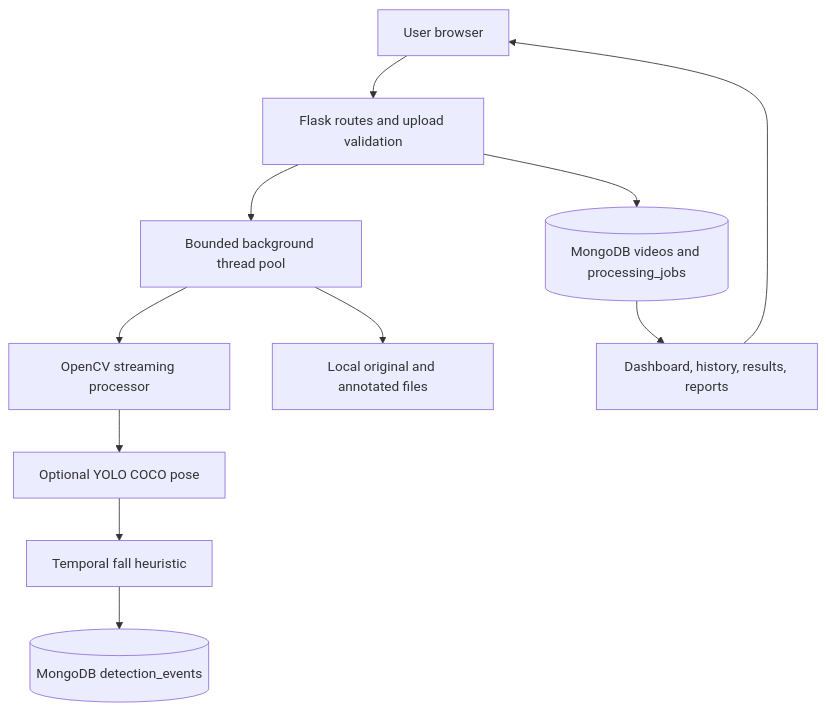
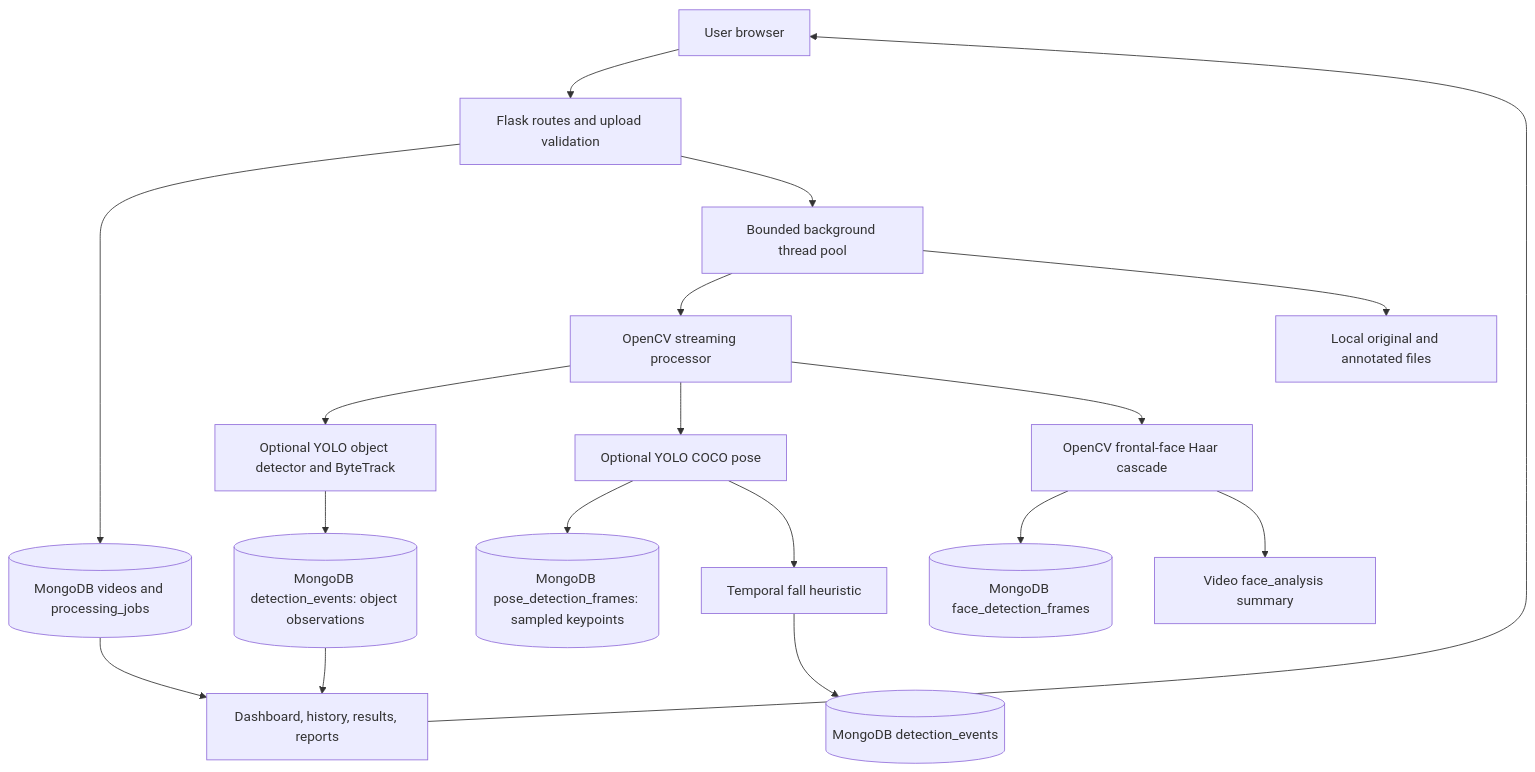
One commit to Naina090/Human-Anomaly changed the first of 2 diagrams in docs/PROJECT_REPORT.md. Above: the diagram before and after it, drawn with Mermaid. The commit also changed other lines of this file and 29 other files, not shown here.

````diff
--- a/docs/PROJECT_REPORT.md
+++ b/docs/PROJECT_REPORT.md
@@ -47,13 +50,20 @@
 ```mermaid
 flowchart TD
  U[User browser] --> R[Flask routes and upload validation]
  R --> J[(MongoDB videos and processing_jobs)]
  R --> W[Bounded background thread pool]
  W --> S[OpenCV streaming processor]
+ S --> OD[Optional YOLO object detector and ByteTrack]
+ OD --> OE[(MongoDB detection_events: object observations)]
  S --> P[Optional YOLO COCO pose]
+ P --> PF[(MongoDB pose_detection_frames: sampled keypoints)]
  P --> H[Temporal fall heuristic]
  H --> E[(MongoDB detection_events)]
+ OE --> Q
+ S --> FD[OpenCV frontal-face Haar cascade]
+ FD --> FF[(MongoDB face_detection_frames)]
+ FD --> FS[Video face_analysis summary]
  W --> F[Local original and annotated files]
  J --> Q[Dashboard, history, results, reports]
  Q --> U
 ```
````
